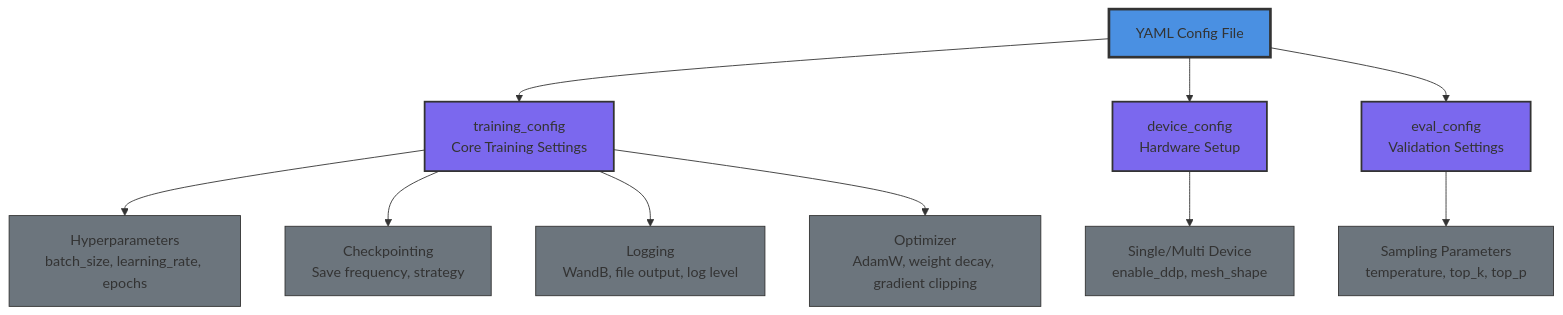
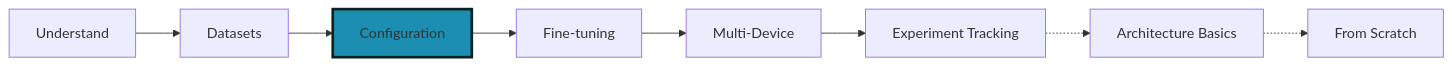
The first of 2 diagrams in content/lessons/ct3-configuration-patterns.md (tenstorrent/tt-vscode-toolkit), drawn with Mermaid before and after one commit. The commit also changed other lines of this file and 39 other files, not shown here.

First line of the commit message:
Implement LLM from Scratch and Re-author TTML Training Workflow (#43)

````diff
--- a/content/lessons/ct3-configuration-patterns.md
+++ b/content/lessons/ct3-configuration-patterns.md
@@ -70,26 +52,12 @@
 ```mermaid
-graph TD
-    A[YAML Config File] --> B[training_config<br/>Core Training Settings]
-    A --> C[device_config<br/>Hardware Setup]
-    A --> D[eval_config<br/>Validation Settings]
+graph LR
+    A[Understand] --> B[Datasets]
+    B --> C[Configuration]
+    C --> D[Fine-tuning]
+    D --> E[Multi-Device]
+    E --> F[Experiment Tracking]
+    F -.-> G[Architecture Basics]
+    G -.-> H[From Scratch]
 
-    B --> E[Hyperparameters<br/>batch_size, learning_rate, epochs]
-    B --> F[Checkpointing<br/>Save frequency, strategy]
-    B --> G[Logging<br/>WandB, file output, log level]
-    B --> H[Optimizer<br/>AdamW, weight decay, gradient clipping]
-
-    C --> I[Single/Multi Device<br/>enable_ddp, mesh_shape]
-
-    D --> J[Sampling Parameters<br/>temperature, top_k, top_p]
-
-    style A fill:#4A90E2,stroke:#333,stroke-width:3px
-    style B fill:#7B68EE,stroke:#333,stroke-width:2px
-    style C fill:#7B68EE,stroke:#333,stroke-width:2px
-    style D fill:#7B68EE,stroke:#333,stroke-width:2px
-    style E fill:#6C757D,stroke:#333,stroke-width:1px
-    style F fill:#6C757D,stroke:#333,stroke-width:1px
-    style G fill:#6C757D,stroke:#333,stroke-width:1px
-    style H fill:#6C757D,stroke:#333,stroke-width:1px
-    style I fill:#6C757D,stroke:#333,stroke-width:1px
-    style J fill:#6C757D,stroke:#333,stroke-width:1px
+    style C fill:#1B8EB1,stroke:#092221,stroke-width:3px
 ```
````
